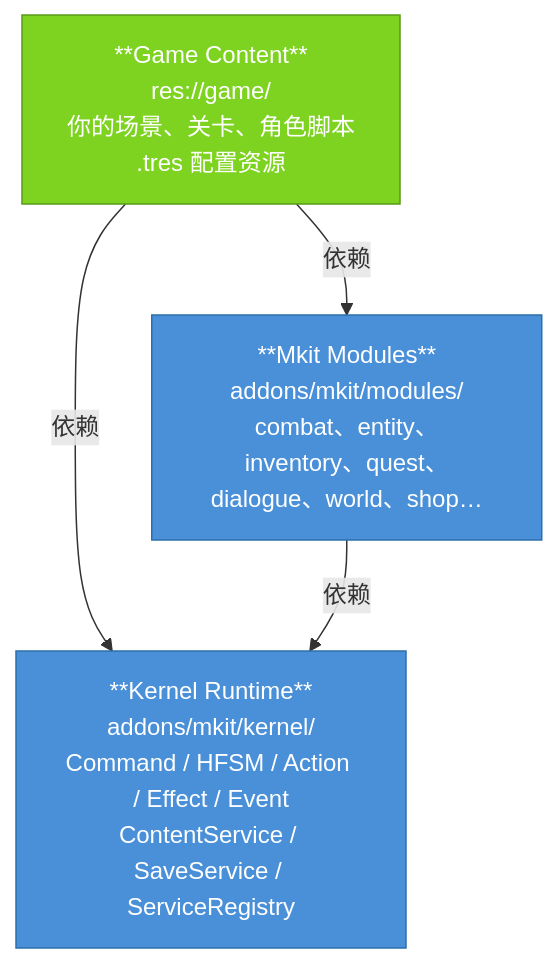
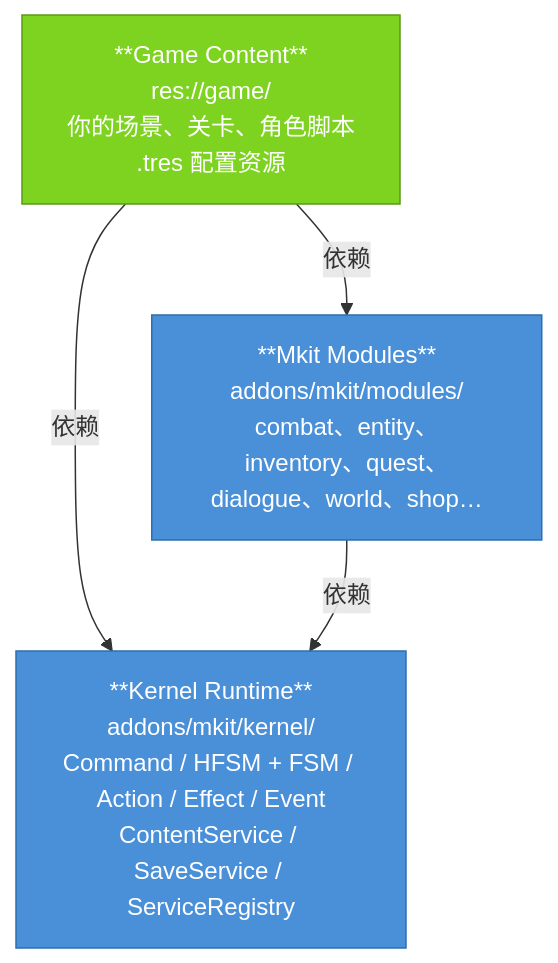
One commit to xiaofeiqiu/mkit changed the diagram in docs/architecture.md. Above: the diagram before and after it, drawn with Mermaid. The commit also changed 57 other files, not shown here.

````diff
--- a/docs/architecture.md
+++ b/docs/architecture.md
@@ -9,16 +9,16 @@
 ```mermaid
 flowchart TB
     Game["**Game Content**\nres://game/\n你的场景、关卡、角色脚本\n.tres 配置资源"]
     Modules["**Mkit Modules**\naddons/mkit/modules/\ncombat、entity、inventory、quest、dialogue、world、shop…"]
-    Kernel["**Kernel Runtime**\naddons/mkit/kernel/\nCommand / HFSM / Action / Effect / Event\nContentService / SaveService / ServiceRegistry"]
+    Kernel["**Kernel Runtime**\naddons/mkit/kernel/\nCommand / HFSM + FSM / Action / Effect / Event\nContentService / SaveService / ServiceRegistry"]
 
     Game -->|"依赖"| Modules
     Game -->|"依赖"| Kernel
     Modules -->|"依赖"| Kernel
 
     classDef mkitCore  fill:#4A90D9,color:#fff,stroke:#2C6FAC
     classDef userOwned fill:#7ED321,color:#fff,stroke:#5A9A18
 
     class Modules,Kernel mkitCore
     class Game userOwned
 ```
````
